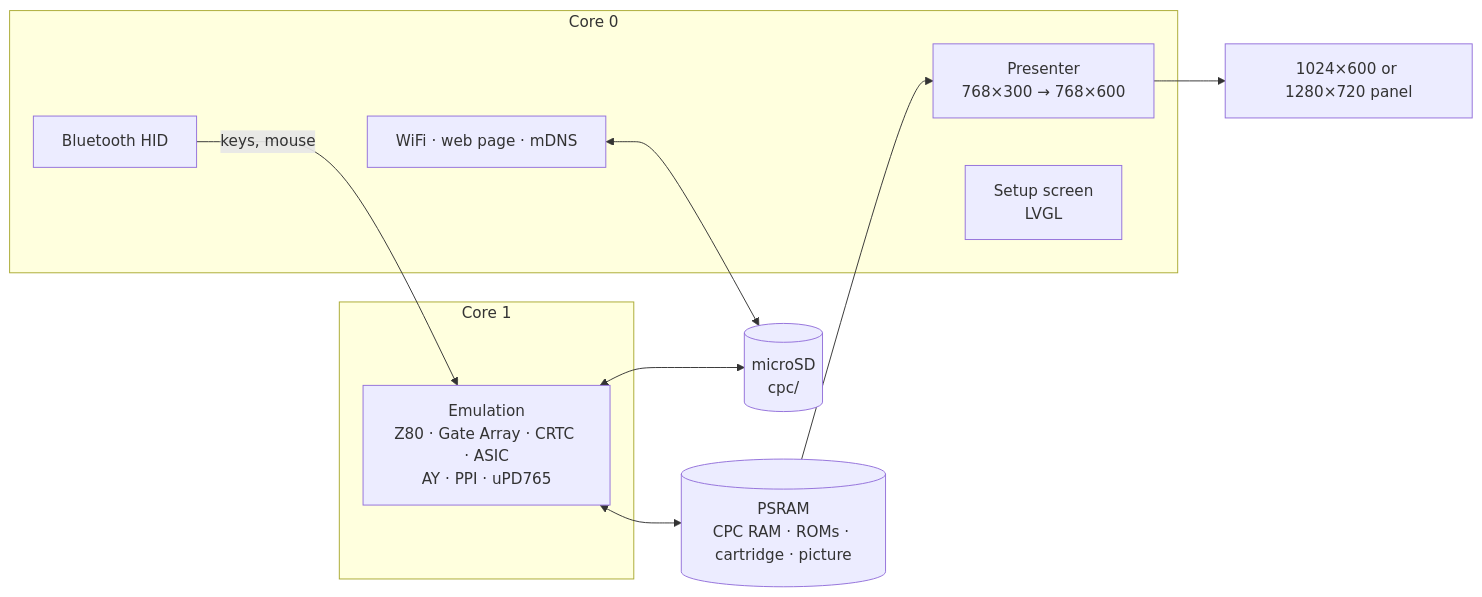
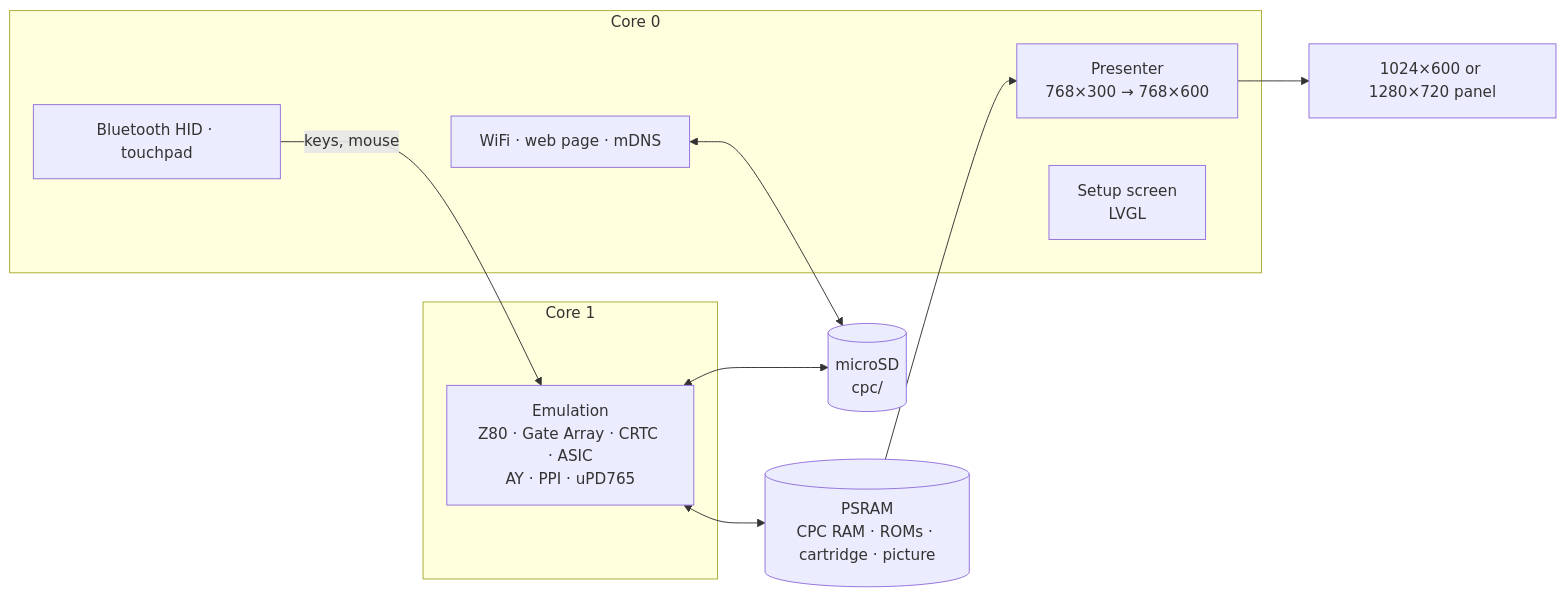
Before and after one commit to rlucencic/esp32cpc: the diagram in README.md, drawn with Mermaid. The commit also changed other lines of this file and 2 other files, not shown here.

First line of the commit message:
The touch screen as a touchpad for the AMX and Symbiface II mice

````diff
--- a/README.md
+++ b/README.md
@@ -193,20 +200,20 @@
 ```mermaid
 flowchart LR
   subgraph core1 [Core 1]
     EMU["Emulation<br>Z80 · Gate Array · CRTC · ASIC<br>AY · PPI · uPD765"]
   end
   subgraph core0 [Core 0]
     PRES[Presenter<br>768×300 → 768×600]
     UI[Setup screen<br>LVGL]
     NET[WiFi · web page · mDNS]
-    BLE[Bluetooth HID]
+    BLE[Bluetooth HID · touchpad]
   end
   PSRAM[(PSRAM<br>CPC RAM · ROMs · cartridge · picture)]
   SD[(microSD<br>cpc/)]
   EMU <--> PSRAM
   PRES --> LCD[1024×600 or 1280×720 panel]
   PSRAM --> PRES
   BLE -- keys, mouse --> EMU
   EMU <--> SD
   NET <--> SD
 ```
````
